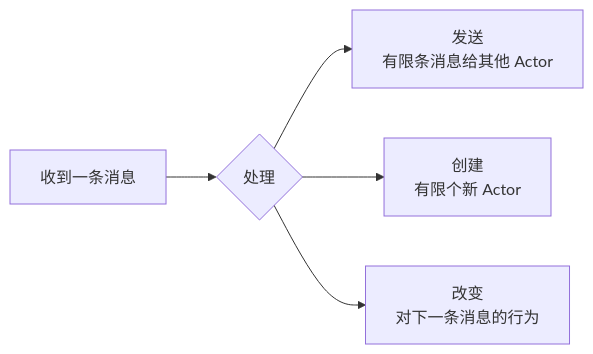
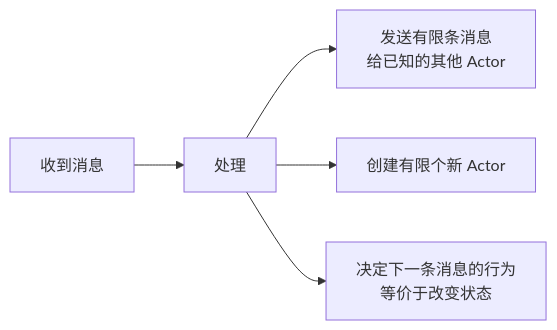
Before and after one commit to chongyang211/YCBookBlog: the fourth of 9 diagrams in 00.通用技术的提升/02.程序编程原理/03.第3卷并发之道/3.14.Actor与CSP并发模型.md, drawn with Mermaid. The commit also changed other lines of this file and 45 other files, not shown here.

````diff
--- a/00.通用技术的提升/02.程序编程原理/03.第3卷并发之道/3.14.Actor与CSP并发模型.md
+++ b/00.通用技术的提升/02.程序编程原理/03.第3卷并发之道/3.14.Actor与CSP并发模型.md
@@ -167,7 +441,7 @@
 ```mermaid
 flowchart LR
-    A[收到一条消息] --> B{处理}
-    B --> C1[发送<br/>有限条消息给其他 Actor]
-    B --> C2[创建<br/>有限个新 Actor]
-    B --> C3[改变<br/>对下一条消息的行为]
+    A[收到消息] --> B[处理]
+    B --> C1[发送有限条消息<br/>给已知的其他 Actor]
+    B --> C2[创建有限个新 Actor]
+    B --> C3[决定下一条消息的行为<br/>等价于改变状态]
 ```
````
